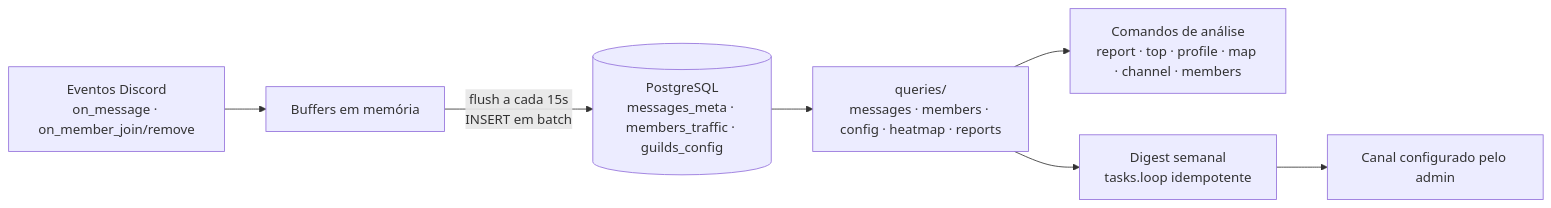
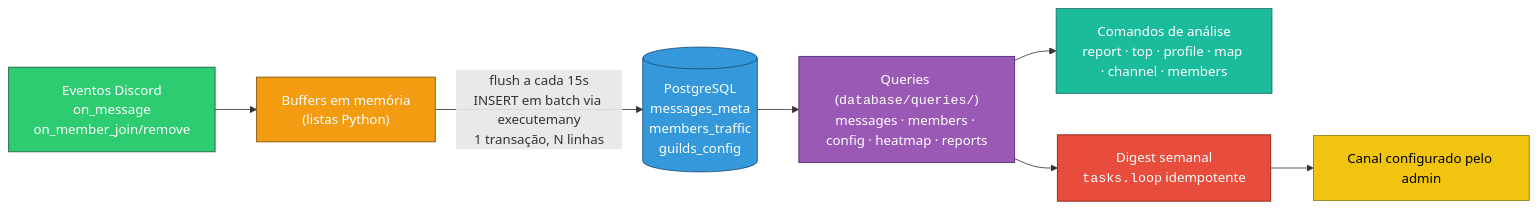
Before and after one commit to kayobass/xilove: the diagram in README.md, drawn with Mermaid. The commit also changed other lines of this file, not shown here.

````diff
--- a/README.md
+++ b/README.md
@@ -52,9 +52,17 @@
 ```mermaid
 flowchart LR
-    A["Eventos Discord\non_message · on_member_join/remove"] --> B["Buffers em memória"]
-    B -->|"flush a cada 15s\nINSERT em batch"| C[("PostgreSQL\nmessages_meta · members_traffic · guilds_config")]
-    C --> D["queries/\nmessages · members · config · heatmap · reports"]
-    D --> E["Comandos de análise\nreport · top · profile · map · channel · members"]
-    D --> F["Digest semanal\ntasks.loop idempotente"]
+    A["Eventos Discord<br>on_message<br>on_member_join/remove"] --> B["Buffers em memória<br>(listas Python)"]
+    B -->|"flush a cada 15s<br>INSERT em batch via executemany<br>1 transação, N linhas"| C[("PostgreSQL<br>messages_meta<br>members_traffic<br>guilds_config")]
+    C --> D["Queries (<code>database/queries/</code>)<br>messages · members · config · heatmap · reports"]
+    D --> E["Comandos de análise<br>report · top · profile · map · channel · members"]
+    D --> F["Digest semanal<br><code>tasks.loop</code> idempotente"]
     F --> G["Canal configurado pelo admin"]
+
+    style A fill:#2ECC71,stroke:#1a5e3a,color:#fff
+    style B fill:#F39C12,stroke:#7a4c00,color:#fff
+    style C fill:#3498DB,stroke:#1a4d7a,color:#fff
+    style D fill:#9B59B6,stroke:#4a226e,color:#fff
+    style E fill:#1ABC9C,stroke:#0f6b5e,color:#fff
+    style F fill:#E74C3C,stroke:#8a1a0d,color:#fff
+    style G fill:#F1C40F,stroke:#8a7a00,color:#000
 ```
````
